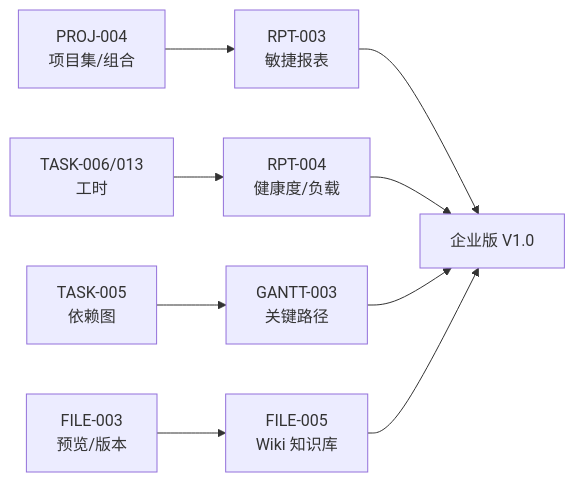
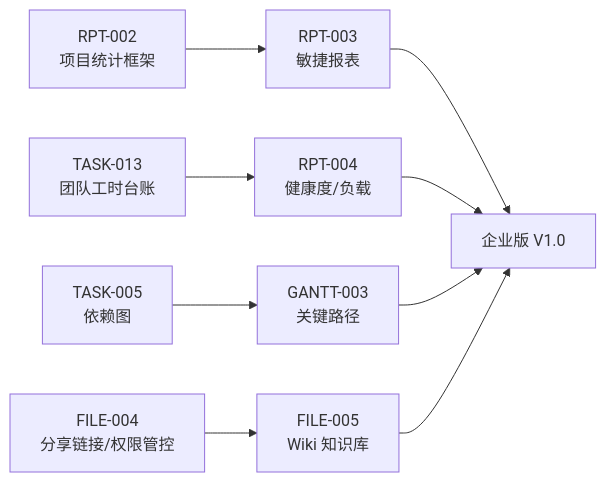
Before and after one commit to RabbitAI-Lab/RabbitProjects: the first of 2 diagrams in docs/sprint-9-enterprise-portfolio/sprint-overview.md, drawn with Mermaid. The commit also changed other lines of this file and 5 other files, not shown here.

````diff
--- a/docs/sprint-9-enterprise-portfolio/sprint-overview.md
+++ b/docs/sprint-9-enterprise-portfolio/sprint-overview.md
@@ -20,11 +20,11 @@
 ```mermaid
 flowchart LR
-    P4["PROJ-004<br/>项目集/组合"] --> R3["RPT-003<br/>敏捷报表"]
+    R2["RPT-002<br/>项目统计框架"] --> R3["RPT-003<br/>敏捷报表"]
     T005["TASK-005<br/>依赖图"] --> G3["GANTT-003<br/>关键路径"]
-    F003["FILE-003<br/>预览/版本"] --> F5["FILE-005<br/>Wiki 知识库"]
-    T006["TASK-006/013<br/>工时"] --> R4["RPT-004<br/>健康度/负载"]
+    F004["FILE-004<br/>分享链接/权限管控"] --> F5["FILE-005<br/>Wiki 知识库"]
+    T13["TASK-013<br/>团队工时台账"] --> R4["RPT-004<br/>健康度/负载"]
     R3 --> V10["企业版 V1.0"]
     R4 --> V10
     G3 --> V10
     F5 --> V10
 ```
````
